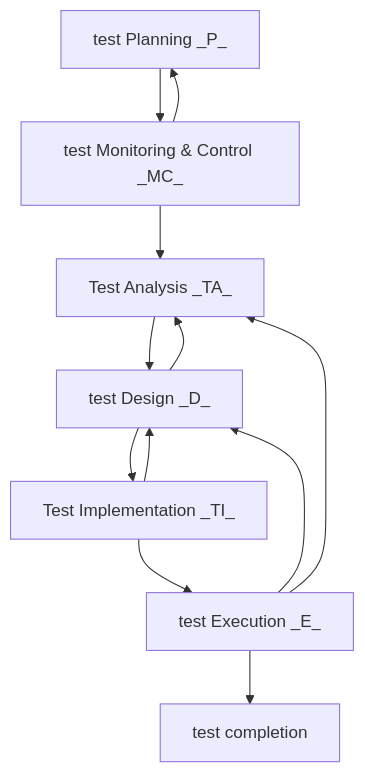
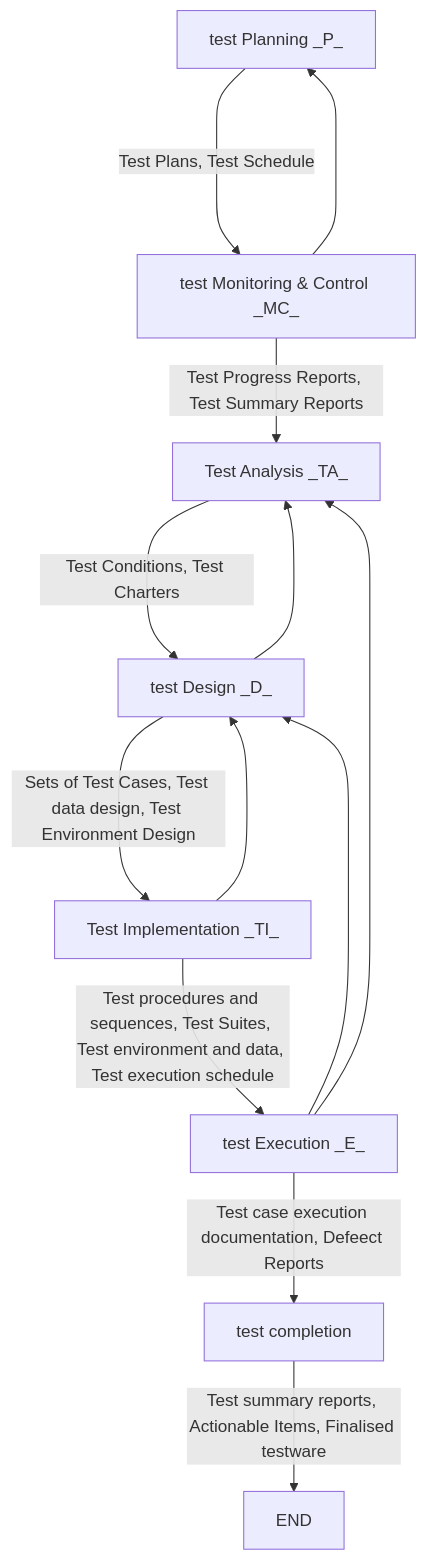
Before and after one commit to JonOfScience/Engineering120: the diagram in Week 5/Day22.md, drawn with Mermaid. The commit also changed other lines of this file and 14 other files, not shown here.

````diff
--- a/Week 5/Day22.md
+++ b/Week 5/Day22.md
@@ -142,14 +142,17 @@
 ```mermaid
 graph TD
-tn1[test Planning _P_] --> tn2[test Monitoring & Control _MC_];
-tn2 --> tn1;
-tn2 --> tn3[Test Analysis _TA_];
-tn3 --> tn4[test Design _D_];
-tn4 --> tn3;
-tn4 --> tn5[Test Implementation _TI_];
-tn5 --> tn4;
-tn5 --> tn6[test Execution _E_];
-tn6 --> tn3;
+tn1[test Planning _P_];
+tn1 --Test Plans, Test Schedule--> tn2;
+tn2[test Monitoring & Control _MC_];
+tn2 ----> tn1;
+tn2 --Test Progress Reports, Test Summary Reports--> tn3[Test Analysis _TA_];
+tn3 --Test Conditions, Test Charters--> tn4[test Design _D_];
+tn4 ---> tn3;
+tn4 --Sets of Test Cases, Test data design, Test Environment Design --> tn5[Test Implementation _TI_];
+tn5 ---> tn4;
+tn5 --Test procedures and sequences, Test Suites, Test environment and data, Test execution schedule--> tn6[test Execution _E_];
+tn6 ----> tn3;
 tn6 --> tn4;
-tn6 --> tn7[test completion];
+tn6 --Test case execution documentation, Defeect Reports--> tn7[test completion];
+tn7 --Test summary reports, Actionable Items, Finalised testware--> tn8[END]
 ```
````
